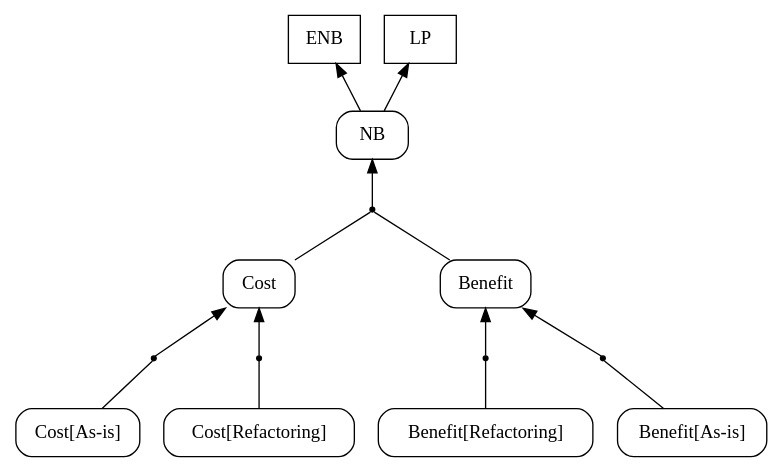
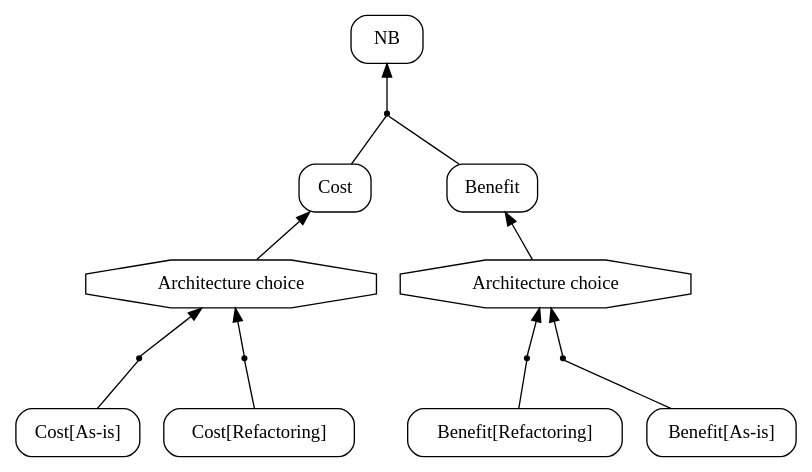
One commit to sbusari/RADAR2 changed the diagram in uk.ac.ucl.cs.examples/CBA/ICSE/AnalysisResult/graph/CBAvgraph.dot. Above: the diagram before and after it, drawn with Graphviz. The commit also changed 66 other files, not shown here.

```diff
--- a/uk.ac.ucl.cs.examples/CBA/ICSE/AnalysisResult/graph/CBAvgraph.dot
+++ b/uk.ac.ucl.cs.examples/CBA/ICSE/AnalysisResult/graph/CBAvgraph.dot
@@ -1,30 +1,28 @@
 digraph G { 
 rankdir = BT 
 AndRef0[shape = point] 
+1[label="Architecture choice", shape = polygon, sides =8]1->"Benefit"
 "Benefit[As-is]"[shape = box, style = rounded] 
-AndRef0->"Benefit"
+AndRef0->1
 "Benefit[As-is]"->AndRef0 [dir = none] 
 AndRef1[shape = point] 
-"Benefit[Refactoring]"[shape = box, style = rounded] 
-AndRef1->"Benefit"
+1[label="Architecture choice", shape = polygon, sides =8]"Benefit[Refactoring]"[shape = box, style = rounded] 
+AndRef1->1
 "Benefit[Refactoring]"->AndRef1 [dir = none] 
 "Benefit"[shape = box, style = rounded] 
 AndRef2[shape = point] 
+3[label="Architecture choice", shape = polygon, sides =8]3->"Cost"
 "Cost[As-is]"[shape = box, style = rounded] 
-AndRef2->"Cost"
+AndRef2->3
 "Cost[As-is]"->AndRef2 [dir = none] 
 AndRef3[shape = point] 
-"Cost[Refactoring]"[shape = box, style = rounded] 
-AndRef3->"Cost"
+3[label="Architecture choice", shape = polygon, sides =8]"Cost[Refactoring]"[shape = box, style = rounded] 
+AndRef3->3
 "Cost[Refactoring]"->AndRef3 [dir = none] 
 "Cost"[shape = box, style = rounded] 
 "NB"[shape = box, style = rounded] 
 AndRef4[shape = point] 
 AndRef4->"NB"
 "Benefit"->AndRef4 [dir = none] 
 "Cost"->AndRef4 [dir = none] 
-ENB [shape = box] 
-NB->"ENB"
-LP [shape = box] 
-NB->"LP"
 }
```
